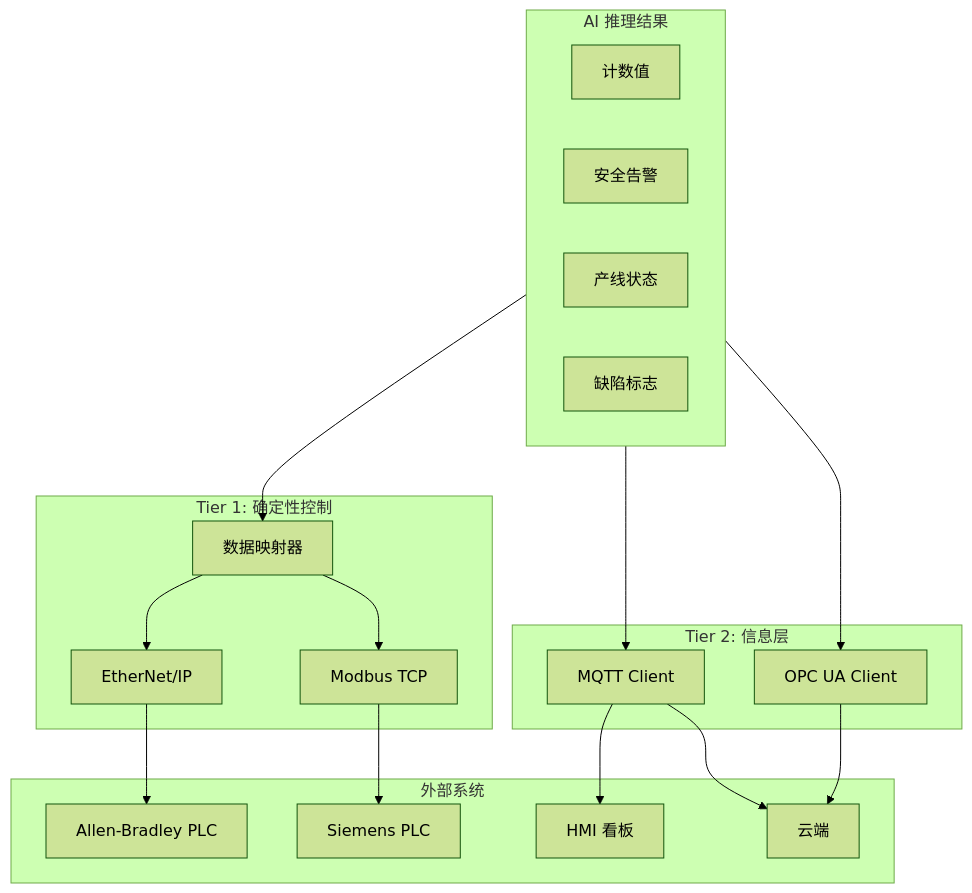
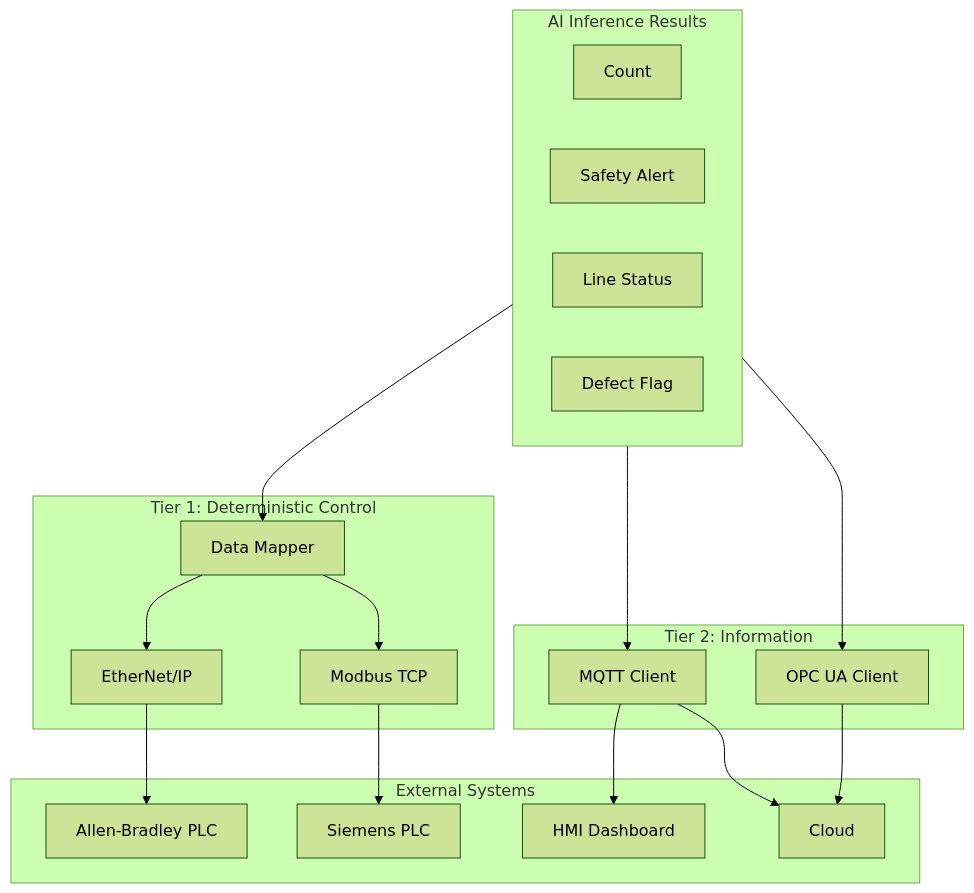
One commit to JeffRen1977/smartCamera changed the first of 2 diagrams in docs/architecture/06_plc_layer.md. Above: the diagram before and after it, drawn with Mermaid (forest theme). The commit also changed other lines of this file and 36 other files, not shown here.

````diff
--- a/docs/architecture/06_plc_layer.md
+++ b/docs/architecture/06_plc_layer.md
@@ -19,38 +19,38 @@
 ```mermaid
 flowchart TB
-    subgraph AI [AI 推理结果]
-        Count[计数值]
-        Safety[安全告警]
-        Status[产线状态]
-        Defect[缺陷标志]
+    subgraph AI [AI Inference Results]
+        Count[Count]
+        Safety[Safety Alert]
+        Status[Line Status]
+        Defect[Defect Flag]
     end
 
-    subgraph Tier1 [Tier 1: 确定性控制]
-        DataMapper[数据映射器]
+    subgraph Tier1 [Tier 1: Deterministic Control]
+        DataMapper[Data Mapper]
         EIP[EtherNet/IP]
         Modbus[Modbus TCP]
     end
 
-    subgraph Tier2 [Tier 2: 信息层]
+    subgraph Tier2 [Tier 2: Information]
         MQTT[MQTT Client]
         OPCUA[OPC UA Client]
     end
 
-    subgraph External [外部系统]
+    subgraph External [External Systems]
         PLC[Allen-Bradley PLC]
         PLC2[Siemens PLC]
-        HMI[HMI 看板]
-        Cloud[云端]
+        HMI[HMI Dashboard]
+        Cloud[Cloud]
     end
 
     AI --> DataMapper
     DataMapper --> EIP
     DataMapper --> Modbus
     AI --> MQTT
     AI --> OPCUA
     EIP --> PLC
     Modbus --> PLC2
     MQTT --> HMI
     MQTT --> Cloud
     OPCUA --> Cloud
 ```
````
